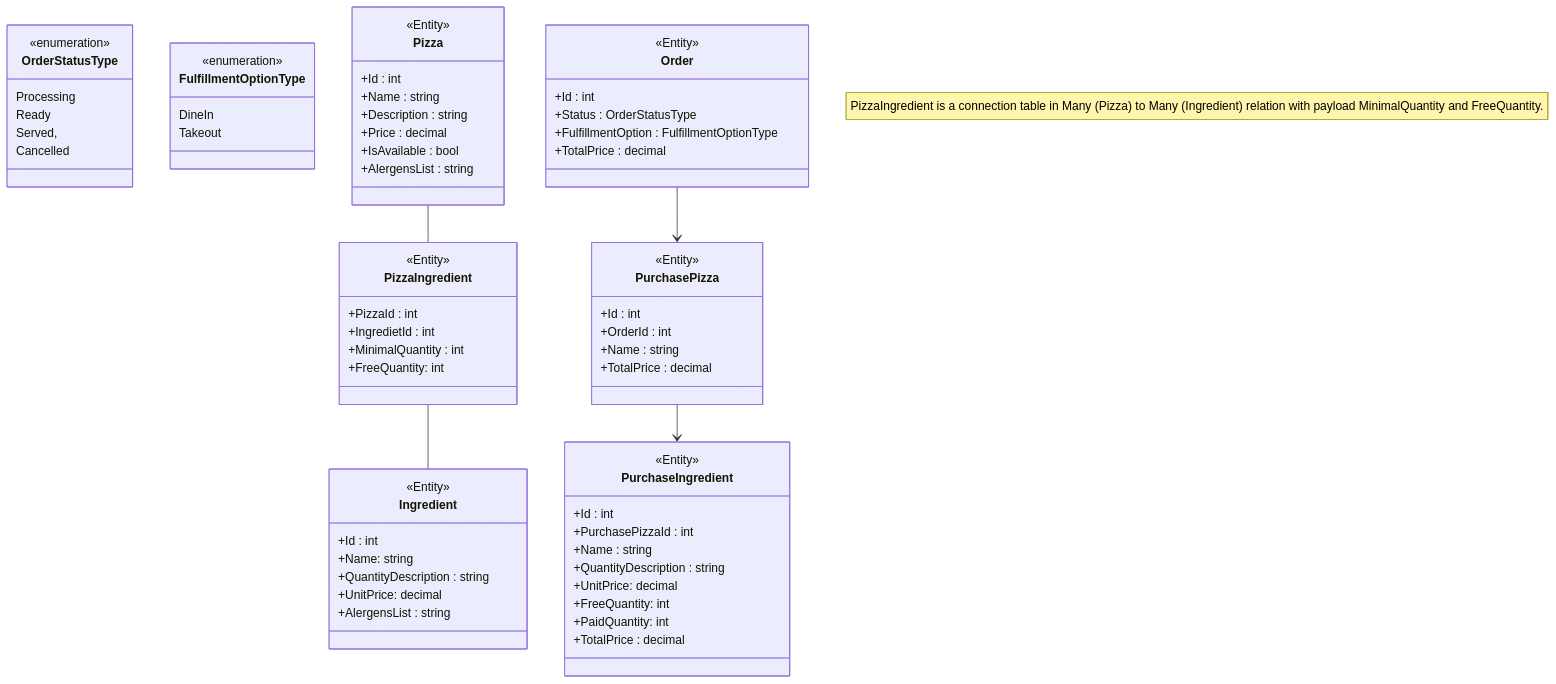
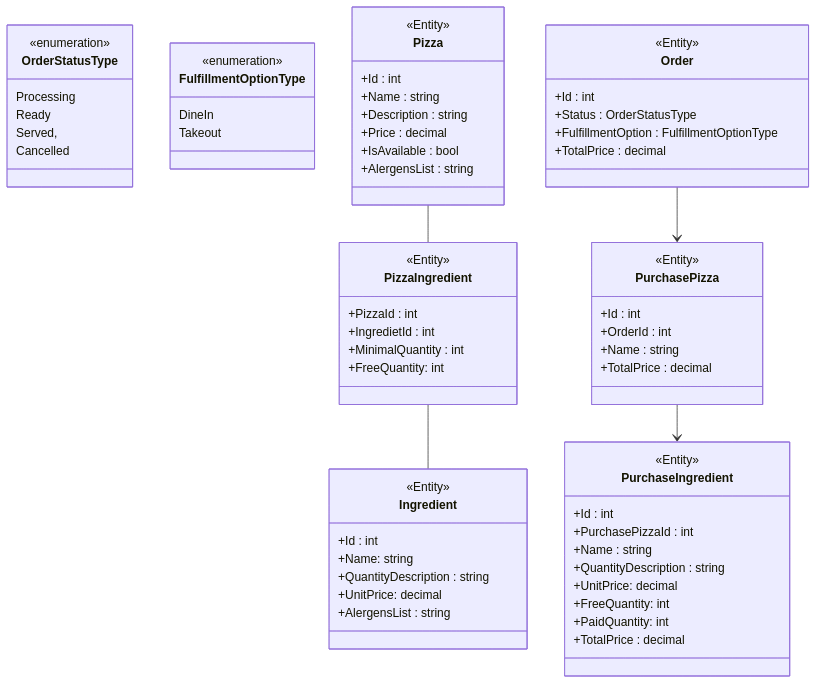
The first of 2 diagrams in AF/src/Utb.PizzaKiosk/README.md (ekral/FAI), drawn with Mermaid before and after one commit. The commit also changed other lines of this file, not shown here.

````diff
--- a/AF/src/Utb.PizzaKiosk/README.md
+++ b/AF/src/Utb.PizzaKiosk/README.md
@@ -175,81 +177,80 @@
 ```mermaid
 classDiagram
 
    class OrderStatusType{
       <<enumeration>>
       Processing
       Ready
       Served,
       Cancelled
    }
 
    class FulfillmentOptionType{
       <<enumeration>>
       DineIn
       Takeout
    }
 
    class Pizza {
       <<Entity>>
       +Id : int
       +Name : string
       +Description : string
       +Price : decimal
       +IsAvailable : bool
       +AlergensList : string
    }
 
    
 
    class PizzaIngredient {
       <<Entity>>
       +PizzaId : int
       +IngredietId : int
       +MinimalQuantity : int
       +FreeQuantity: int
    }
 
   class Ingredient {
       <<Entity>>
       +Id : int
       +Name: string
       +QuantityDescription : string
       +UnitPrice: decimal
       +AlergensList : string
   }
 
   class Order {
       <<Entity>>
       +Id : int
       +Status : OrderStatusType
       +FulfillmentOption : FulfillmentOptionType
       +TotalPrice : decimal
    }
 
    class PurchasePizza {
       <<Entity>>
       +Id : int
       +OrderId : int
       +Name : string
       +TotalPrice : decimal
    }
 
    class PurchaseIngredient {
       <<Entity>>
       +Id : int
       +PurchasePizzaId : int
       +Name : string
       +QuantityDescription : string
       +UnitPrice: decimal
       +FreeQuantity: int
       +PaidQuantity: int
       +TotalPrice : decimal
    }
 
    Pizza -- PizzaIngredient
    PizzaIngredient -- Ingredient
    Order --> PurchasePizza
    PurchasePizza --> PurchaseIngredient
 
-   note "PizzaIngredient is a connection table in Many (Pizza) to Many (Ingredient) relation with payload MinimalQuantity and FreeQuantity."
 ```
````
